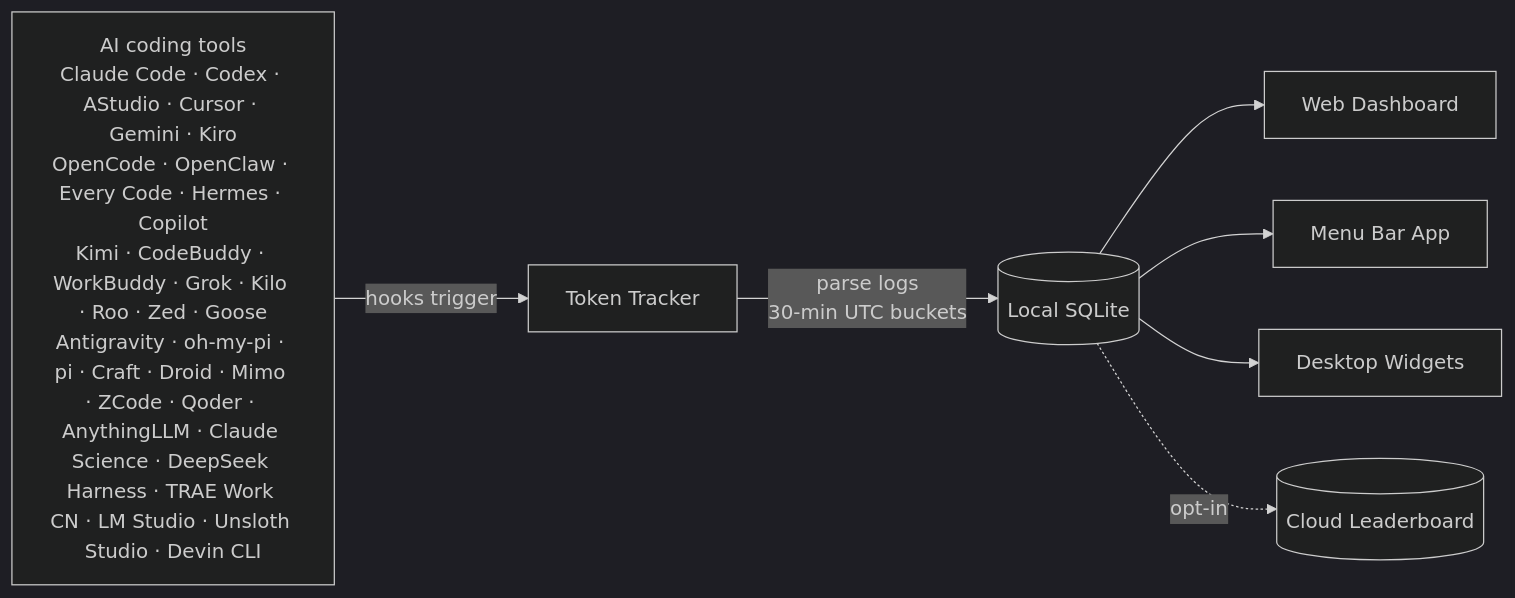
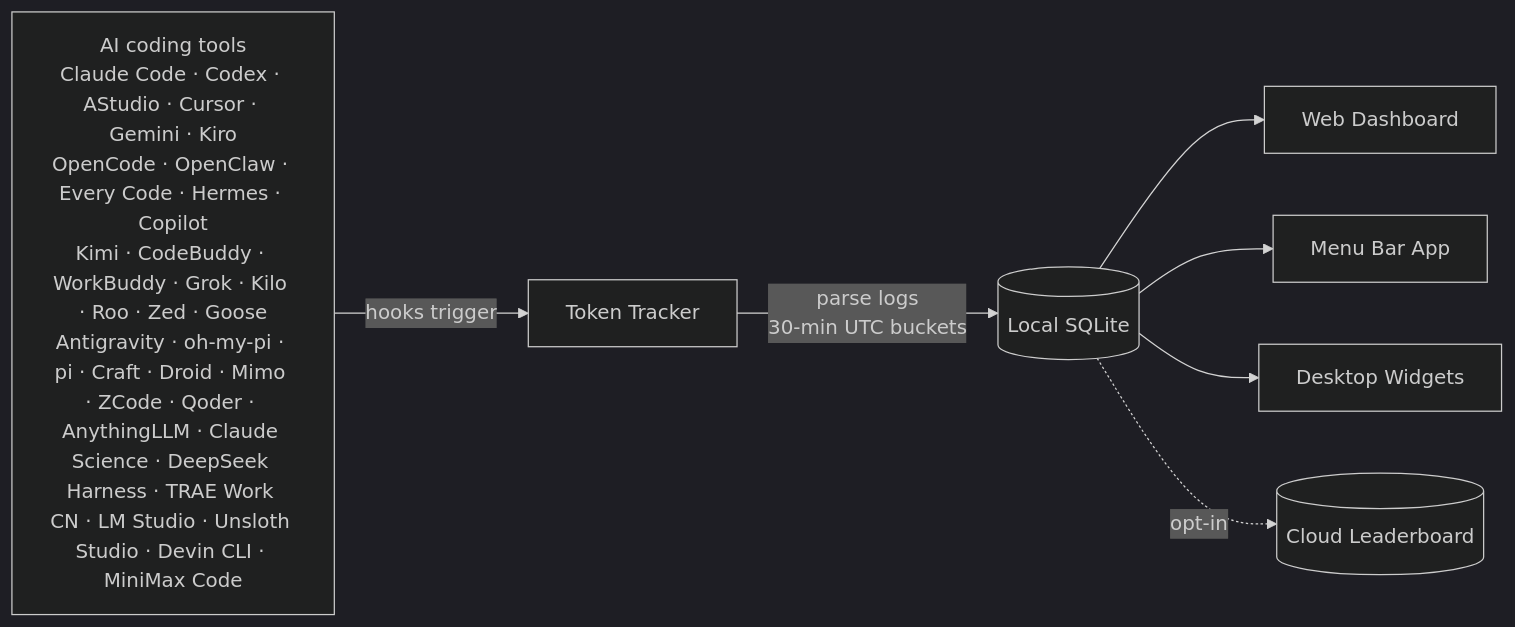
The diagram in README.ja.md (1490459250li-hub/TokenTracker), drawn with Mermaid (dark theme) before and after one commit. The commit also changed other lines of this file and 22 other files, not shown here.

First line of the commit message:
feat: track MiniMax Code usage from local session logs

````diff
--- a/README.ja.md
+++ b/README.ja.md
@@ -242,10 +243,10 @@
 ```mermaid
 flowchart LR
-    A["AI coding tools<br/>Claude Code · Codex · AStudio · Cursor · Gemini · Kiro<br/>OpenCode · OpenClaw · Every Code · Hermes · Copilot<br/>Kimi · CodeBuddy · WorkBuddy · Grok · Kilo · Roo · Zed · Goose<br/>Antigravity · oh-my-pi · pi · Craft · Droid · Mimo · ZCode · Qoder · AnythingLLM · Claude Science · DeepSeek Harness · TRAE Work CN · LM Studio · Unsloth Studio · Devin CLI"]
+    A["AI coding tools<br/>Claude Code · Codex · AStudio · Cursor · Gemini · Kiro<br/>OpenCode · OpenClaw · Every Code · Hermes · Copilot<br/>Kimi · CodeBuddy · WorkBuddy · Grok · Kilo · Roo · Zed · Goose<br/>Antigravity · oh-my-pi · pi · Craft · Droid · Mimo · ZCode · Qoder · AnythingLLM · Claude Science · DeepSeek Harness · TRAE Work CN · LM Studio · Unsloth Studio · Devin CLI · MiniMax Code"]
     A -->|hooks trigger| B[Token Tracker]
     B -->|parse logs<br/>30-min UTC buckets| C[(Local SQLite)]
     C --> D[Web Dashboard]
     C --> E[Menu Bar App]
     C --> F[Desktop Widgets]
     C -.->|opt-in| G[(Cloud Leaderboard)]
 ```
````
